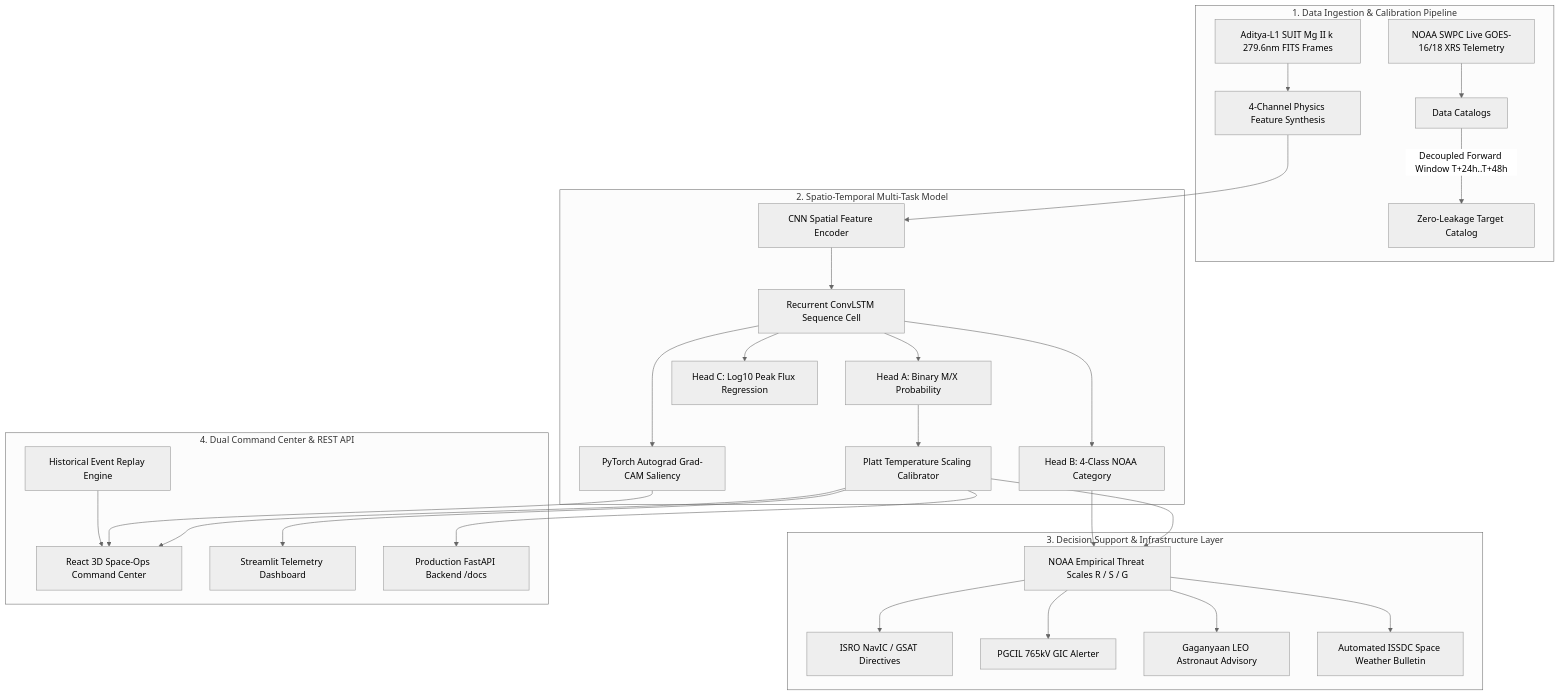
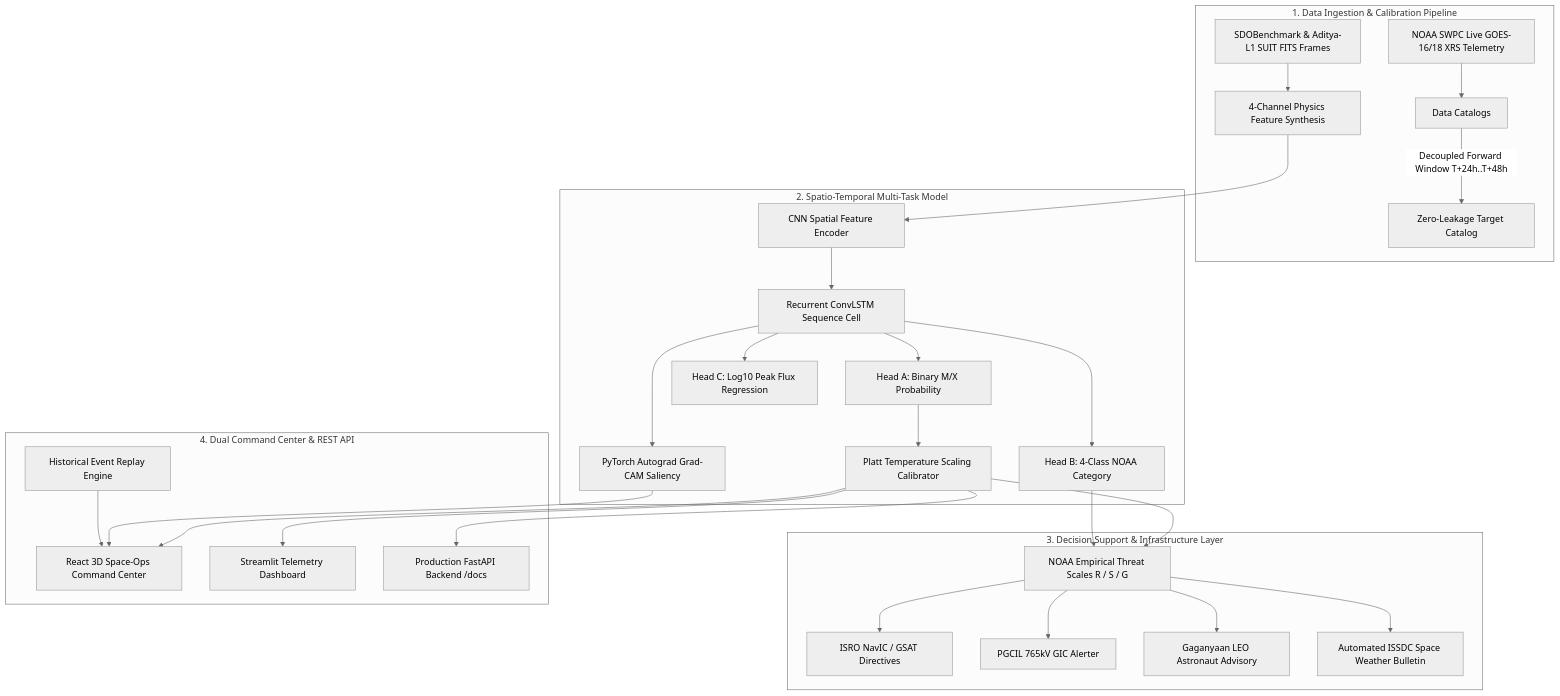
The diagram in README.md (aarushipujari/solar), drawn with Mermaid (neutral theme) before and after one commit. The commit also changed other lines of this file, not shown here.

Commit message:
docs(readme): update data provenance with SDOBenchmark, PRADAN pipeline, and real test metrics

````diff
--- a/README.md
+++ b/README.md
@@ -30,35 +30,35 @@
 ```mermaid
 graph TD
     subgraph DataIngestion ["1. Data Ingestion & Calibration Pipeline"]
         A[NOAA SWPC Live GOES-16/18 XRS Telemetry] --> C[Data Catalogs]
-        B[Aditya-L1 SUIT Mg II k 279.6nm FITS Frames] --> D[4-Channel Physics Feature Synthesis]
+        B[SDOBenchmark & Aditya-L1 SUIT FITS Frames] --> D[4-Channel Physics Feature Synthesis]
         C -->|Decoupled Forward Window T+24h..T+48h| E[Zero-Leakage Target Catalog]
     end
 
     subgraph DLModel ["2. Spatio-Temporal Multi-Task Model"]
         D --> F[CNN Spatial Feature Encoder]
         F --> G[Recurrent ConvLSTM Sequence Cell]
         G --> H[Head A: Binary M/X Probability]
         G --> I[Head B: 4-Class NOAA Category]
         G --> J[Head C: Log10 Peak Flux Regression]
         H --> K[Platt Temperature Scaling Calibrator]
         G --> L[PyTorch Autograd Grad-CAM Saliency]
     end
 
     subgraph DecisionEngine ["3. Decision Support & Infrastructure Layer"]
         K --> M[NOAA Empirical Threat Scales R / S / G]
         I --> M
         M --> N[ISRO NavIC / GSAT Directives]
         M --> O[PGCIL 765kV GIC Alerter]
         M --> P[Gaganyaan LEO Astronaut Advisory]
         M --> Q[Automated ISSDC Space Weather Bulletin]
     end
 
     subgraph Frontends ["4. Dual Command Center & REST API"]
         K --> R[React 3D Space-Ops Command Center]
         L --> R
         S[Historical Event Replay Engine] --> R
         K --> T[Streamlit Telemetry Dashboard]
         K --> U[Production FastAPI Backend /docs]
     end
 ```
````
